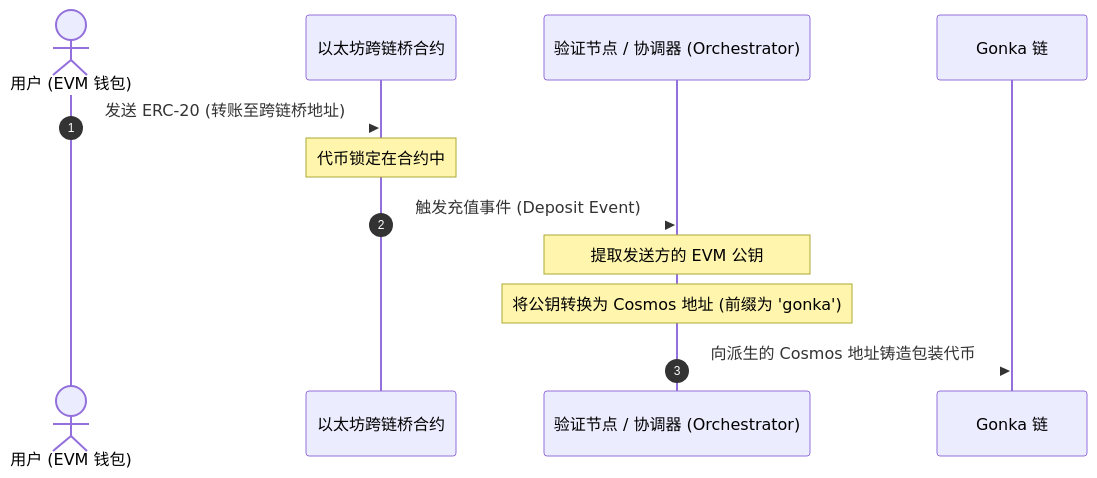
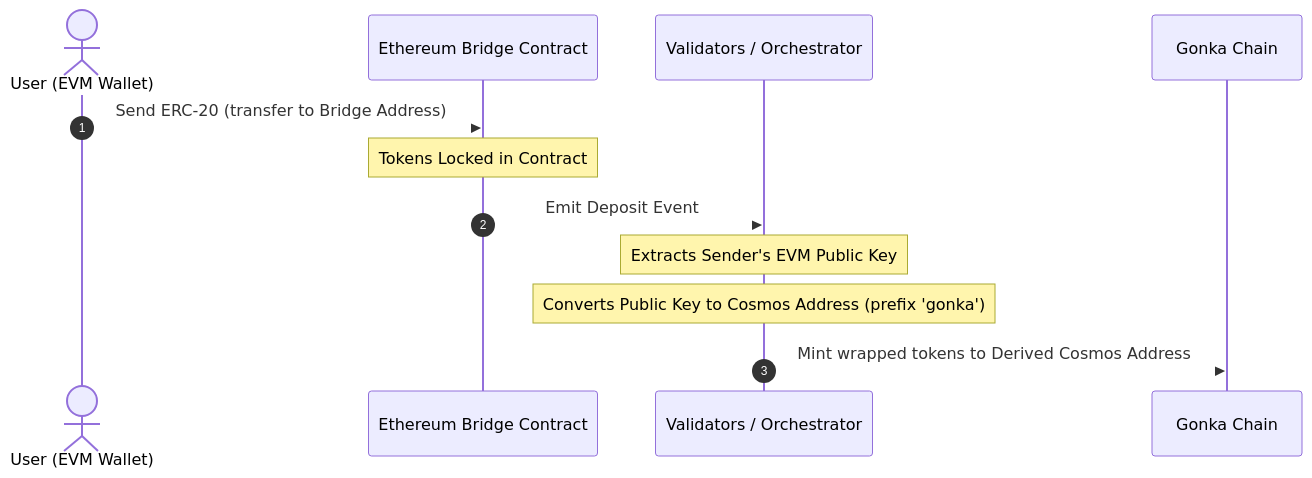
Before and after one commit to gonka-ai/gonka-docs: the first of 2 diagrams in docs/zh/cross-chain-transfers/widget-integration.md, drawn with Mermaid. The commit also changed other lines of this file and 63 other files, not shown here.

````diff
--- a/docs/zh/cross-chain-transfers/widget-integration.md
+++ b/docs/zh/cross-chain-transfers/widget-integration.md
@@ -14,16 +14,16 @@
 ```mermaid
 %%{init: { 'themeVariables': { 'signalColor': 'var(--md-default-fg-color)', 'signalTextColor': 'var(--md-default-fg-color)' } } }%%
 sequenceDiagram
     autonumber
-    actor User as 用户 (EVM 钱包)
-    participant EthBridge as 以太坊跨链桥合约
-    participant Orch as 验证节点 / 协调器 (Orchestrator)
-    participant Gonka as Gonka 链
+    actor User as User (EVM Wallet)
+    participant EthBridge as Ethereum Bridge Contract
+    participant Orch as Validators / Orchestrator
+    participant Gonka as Gonka Chain
 
-    User->>EthBridge: 发送 ERC-20 (转账至跨链桥地址)
-    Note over EthBridge: 代币锁定在合约中
-    EthBridge-->>Orch: 触发充值事件 (Deposit Event)
-    Note over Orch: 提取发送方的 EVM 公钥
-    Note over Orch: 将公钥转换为 Cosmos 地址 (前缀为 'gonka')
-    Orch->>Gonka: 向派生的 Cosmos 地址铸造包装代币
+    User->>EthBridge: Send ERC-20 (transfer to Bridge Address)
+    Note over EthBridge: Tokens Locked in Contract
+    EthBridge-->>Orch: Emit Deposit Event
+    Note over Orch: Extracts Sender's EVM Public Key
+    Note over Orch: Converts Public Key to Cosmos Address (prefix 'gonka')
+    Orch->>Gonka: Mint wrapped tokens to Derived Cosmos Address
 ```
````
